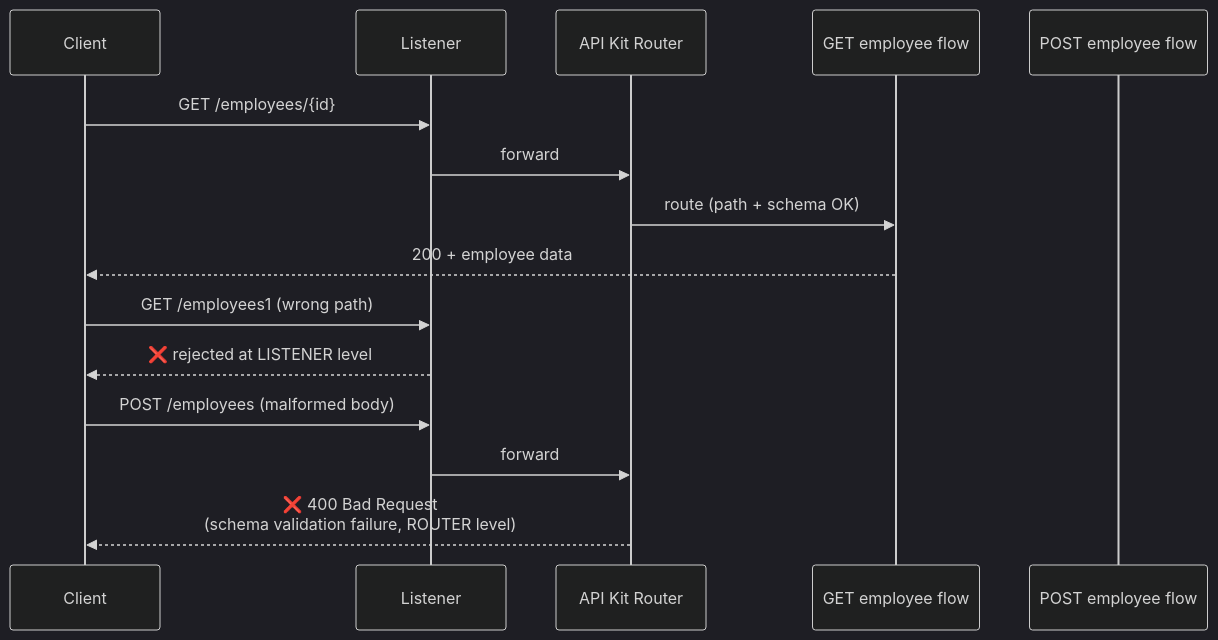
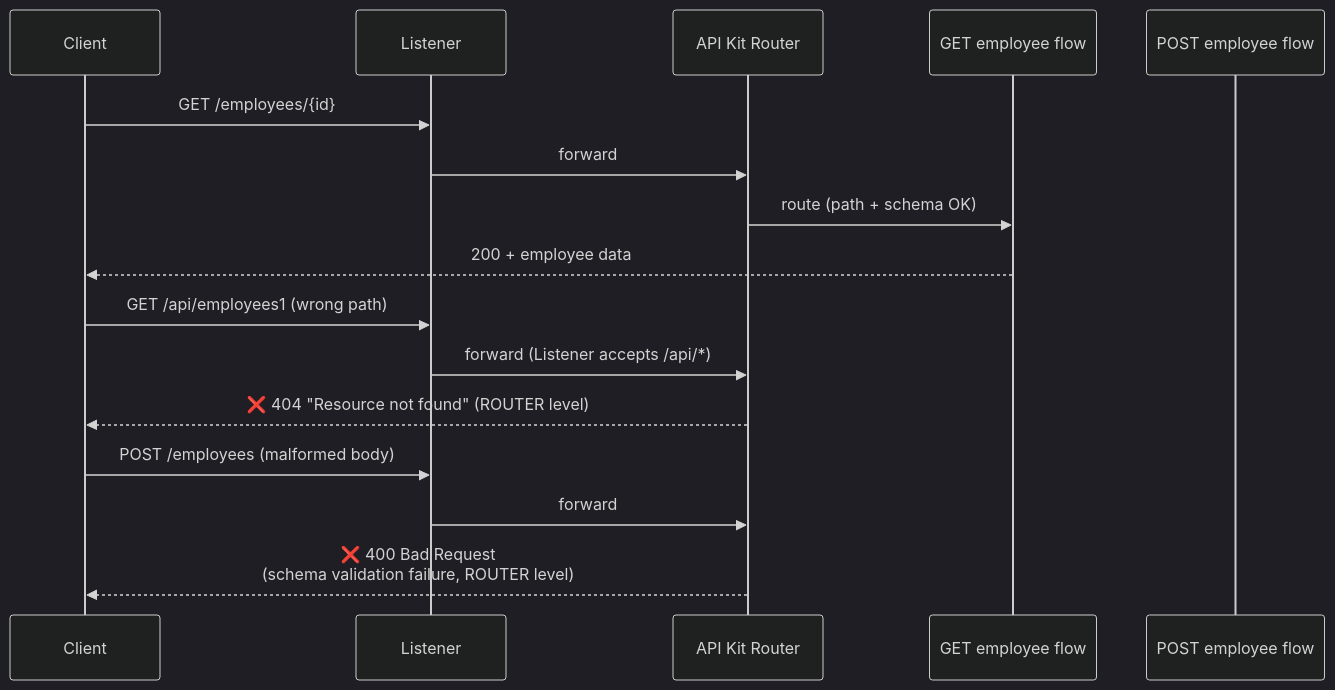
Before and after one commit to developerashok99/green-c-mule-notes: the tenth of 10 diagrams in detailed-notes/day26.md, drawn with Mermaid (dark theme). The commit also changed other lines of this file and 1 other file, not shown here.

````diff
--- a/detailed-notes/day26.md
+++ b/detailed-notes/day26.md
@@ -129,20 +143,21 @@
 ```mermaid
 sequenceDiagram
     participant Client
     participant Listener
     participant Router as API Kit Router
     participant GetFlow as GET employee flow
     participant PostFlow as POST employee flow
 
     Client->>Listener: GET /employees/{id}
     Listener->>Router: forward
     Router->>GetFlow: route (path + schema OK)
     GetFlow-->>Client: 200 + employee data
 
-    Client->>Listener: GET /employees1 (wrong path)
-    Listener-->>Client: ❌ rejected at LISTENER level
+    Client->>Listener: GET /api/employees1 (wrong path)
+    Listener->>Router: forward (Listener accepts /api/*)
+    Router-->>Client: ❌ 404 "Resource not found" (ROUTER level)
 
     Client->>Listener: POST /employees (malformed body)
     Listener->>Router: forward
     Router-->>Client: ❌ 400 Bad Request<br/>(schema validation failure, ROUTER level)
 ```
````
